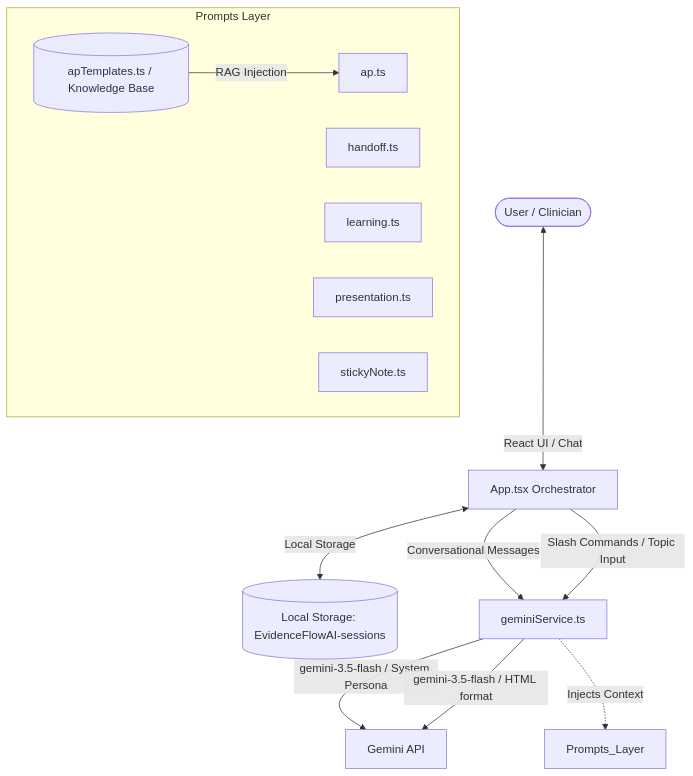
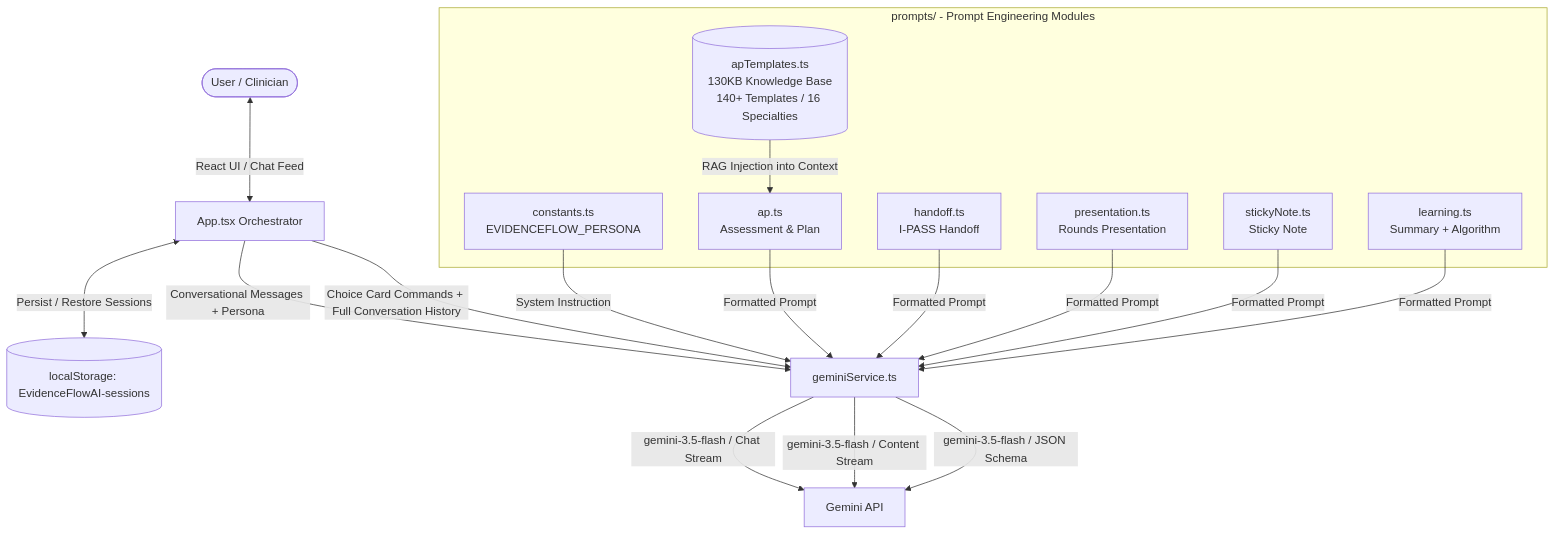
The diagram in PROJECT_DOCUMENTATION.md (drsku6/EvidenceFlowAI), drawn with Mermaid before and after one commit. The commit also changed other lines of this file and 3 other files, not shown here.

Commit message:
docs: update project documentation and architecture diagrams to reflect the dual-mode Socratic-Architect persona system.

````diff
--- a/PROJECT_DOCUMENTATION.md
+++ b/PROJECT_DOCUMENTATION.md
@@ -12,22 +12,24 @@
 ```mermaid
 graph TD
-    User([User / Clinician]) <--> |React UI / Chat| App[App.tsx Orchestrator]
-    App <--> |Local Storage| LS[(Local Storage: EvidenceFlowAI-sessions)]
-    App --> |Conversational Messages| GS[geminiService.ts]
-    App --> |Slash Commands / Topic Input| GS
-    GS --> |gemini-3.5-flash / System Persona| G_API[Gemini API]
-    GS --> |gemini-3.5-flash / HTML format| G_API
-    
-    subgraph Prompts Layer
-        ap[ap.ts]
-        handoff[handoff.ts]
-        learning[learning.ts]
-        presentation[presentation.ts]
-        sticky[stickyNote.ts]
-        templates[(apTemplates.ts / Knowledge Base)]
+    User([User / Clinician]) <--> |React UI / Chat Feed| App[App.tsx Orchestrator]
+    App <--> |Persist / Restore Sessions| LS[(localStorage: EvidenceFlowAI-sessions)]
+    App --> |Conversational Messages + Persona| GS[geminiService.ts]
+    App --> |Choice Card Commands + Full Conversation History| GS
+    GS --> |gemini-3.5-flash / Chat Stream| G_API[Gemini API]
+    GS --> |gemini-3.5-flash / Content Stream| G_API
+    GS --> |gemini-3.5-flash / JSON Schema| G_API
+
+    subgraph Prompts Layer [prompts/ - Prompt Engineering Modules]
+        PERSONA[constants.ts\nEVIDENCEFLOW_PERSONA]
+        ap[ap.ts\nAssessment & Plan]
+        handoff[handoff.ts\nI-PASS Handoff]
+        presentation[presentation.ts\nRounds Presentation]
+        sticky[stickyNote.ts\nSticky Note]
+        learning[learning.ts\nSummary + Algorithm]
+        templates[(apTemplates.ts\n130KB Knowledge Base\n140+ Templates / 16 Specialties)]
     end
-    
-    templates --> |RAG Injection| ap
-    
-    GS -.-> |Injects Context| Prompts_Layer
+
+    templates --> |RAG Injection into Context| ap
+    PERSONA --> |System Instruction| GS
+    ap & handoff & presentation & sticky & learning --> |Formatted Prompt| GS
 ```
````
